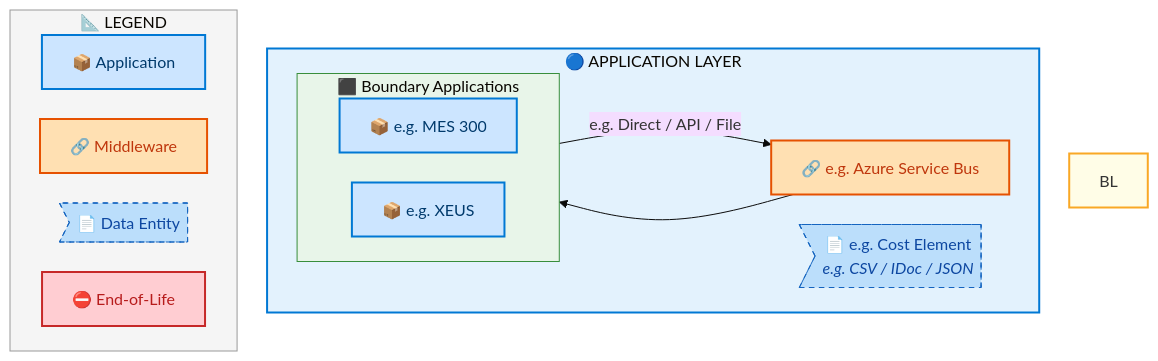
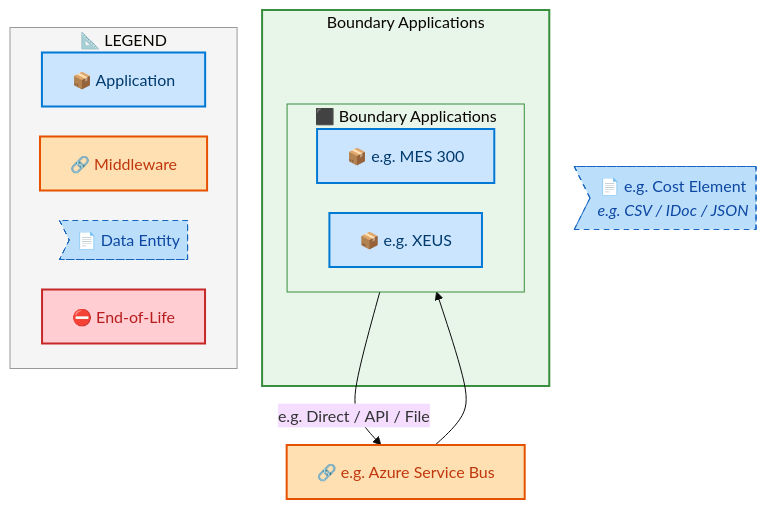
One commit to sajivfrancis777/IAO-Architecture changed diagram 14 of 16 in towers/E2E/Forecast to Stock/E2E-110/output/docs/systems-architecture/E2E-110-Architecture.md. Above: the diagram before and after it, drawn with Mermaid. The commit also changed other lines of this file and 106 other files, not shown here.

First line of the commit message:
feat: tier-grouped swim lane layout for architecture diagrams

````diff
--- a/towers/E2E/Forecast to Stock/E2E-110/output/docs/systems-architecture/E2E-110-Architecture.md
+++ b/towers/E2E/Forecast to Stock/E2E-110/output/docs/systems-architecture/E2E-110-Architecture.md
@@ -1864,41 +1863,40 @@
 ```mermaid
 %%{init: {"theme": "base", "securityLevel": "loose", "themeVariables": {"fontSize": "16px", "fontFamily": "Segoe UI, Arial, sans-serif"}, "flowchart": {"useMaxWidth": false, "htmlLabels": true, "nodeSpacing": 30, "rankSpacing": 35}} }%%
 flowchart TB
     %% -- ArchiMate 3.2 + Azure style classes --
     classDef business      fill:#FFFFB3,stroke:#F9A825,stroke-width:2px,color:#000
     classDef app           fill:#CCE5FF,stroke:#0078D4,stroke-width:2px,color:#003A6C
     classDef data          fill:#BBDEFB,stroke:#1565C0,stroke-width:1px,color:#0D47A1,stroke-dasharray: 5 5
     classDef middleware    fill:#FFE0B2,stroke:#E65100,stroke-width:2px,color:#BF360C
     classDef eol           fill:#FFCDD2,stroke:#C62828,stroke-width:2px,color:#B71C1C
     classDef saas          fill:#E1BEE7,stroke:#7B1FA2,stroke-width:2px,color:#4A148C
     classDef cloud         fill:#BBDEFB,stroke:#1565C0,stroke-width:2px,color:#0D47A1
     classDef onprem        fill:#C8E6C9,stroke:#2E7D32,stroke-width:2px,color:#1B5E20
 
-    subgraph AL["🔵 APPLICATION LAYER"]
+    subgraph E2E110FT_Boundary_Applications["Boundary Applications"]
         subgraph E2E110FLN_Boundary_Applications[" ⬛ Boundary Applications"]
             direction LR
             E2E110F_e_g_MES_300["📦 e.g. MES 300"]:::app
             E2E110F_e_g_XEUS["📦 e.g. XEUS"]:::app
         end
-        E2E110FMW_e_g_Azure_Service_Bus["🔗 e.g. Azure Service Bus"]:::middleware
-        E2E110FDE_e_g_Cost_Element>"📄 e.g. Cost Element<br/><i>e.g. CSV / IDoc / JSON</i>"]:::data
     end
+
+    E2E110FMW_e_g_Azure_Service_Bus["🔗 e.g. Azure Service Bus"]:::middleware
+    E2E110FDE_e_g_Cost_Element>"📄 e.g. Cost Element<br/><i>e.g. CSV / IDoc / JSON</i>"]:::data
 
     E2E110F_e_g_MES_300 -->|"e.g. Direct / API / File"| E2E110FMW_e_g_Azure_Service_Bus
     E2E110FMW_e_g_Azure_Service_Bus --> E2E110F_e_g_XEUS
 
 
-    style BL fill:#FFFDE7,stroke:#F9A825,stroke-width:2px
-    style AL fill:#E3F2FD,stroke:#0078D4,stroke-width:2px
-
+    style E2E110FT_Boundary_Applications fill:#E8F5E9,stroke:#388E3C,stroke-width:2px
     style E2E110FLN_Boundary_Applications fill:#E8F5E9,stroke:#388E3C,stroke-width:1px
 
     subgraph Legend["📐 LEGEND"]
         direction LR
         L_APP["📦 Application"]:::app
         L_MW["🔗 Middleware"]:::middleware
         L_DE>"📄 Data Entity"]:::data
         L_EOL["⛔ End-of-Life"]:::eol
     end
     style Legend fill:#F5F5F5,stroke:#999,stroke-width:1px
 ```
````
